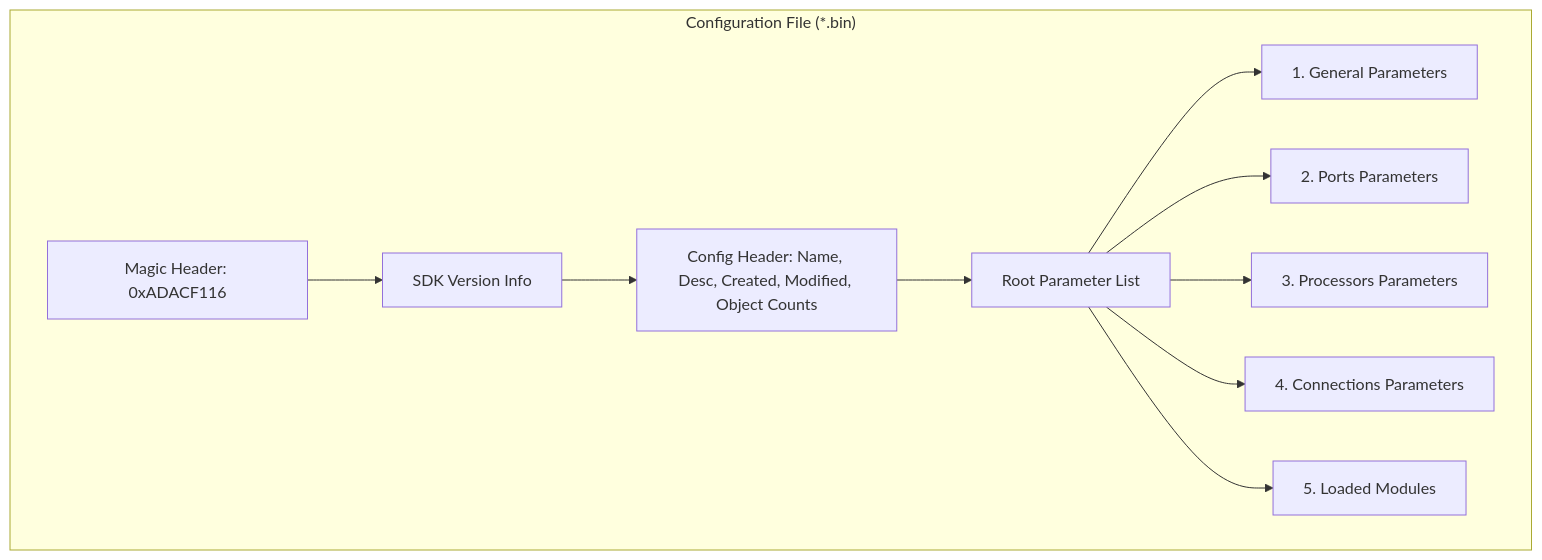
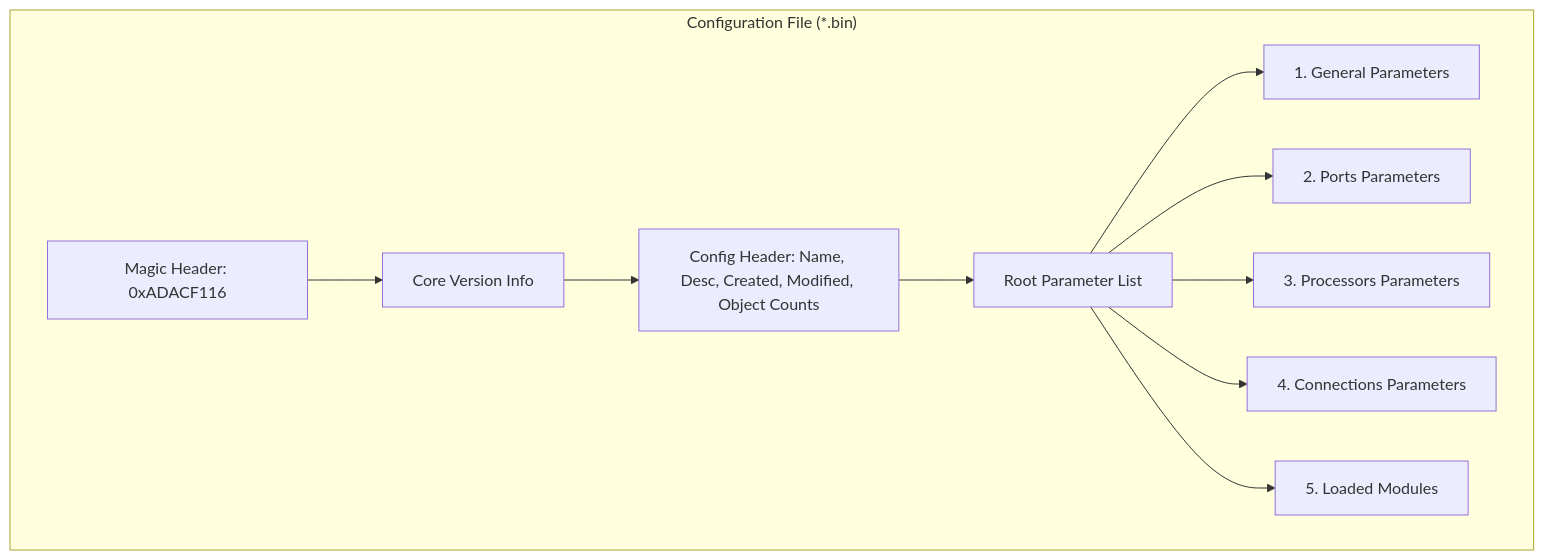
Before and after one commit to dexus1337/adam: the fourth of 4 diagrams in README.md, drawn with Mermaid. The commit also changed other lines of this file and 160 other files, not shown here.

Commit message:
sdk -> core

````diff
--- a/README.md
+++ b/README.md
@@ -206,13 +206,13 @@
 ```mermaid
 graph TD
     subgraph Serialization["Configuration File (*.bin)"]
-        Magic[Magic Header: 0xADACF116] --> SDKVer[SDK Version Info]
-        SDKVer --> CfgHeader[Config Header: Name, Desc, Created, Modified, Object Counts]
+        Magic[Magic Header: 0xADACF116] --> CoreVer[Core Version Info]
+        CoreVer --> CfgHeader[Config Header: Name, Desc, Created, Modified, Object Counts]
         CfgHeader --> RootParam[Root Parameter List]
         RootParam --> GenParams[1. General Parameters]
         RootParam --> PortParams[2. Ports Parameters]
         RootParam --> ProcParams[3. Processors Parameters]
         RootParam --> ConnParams[4. Connections Parameters]
         RootParam --> ModParams[5. Loaded Modules]
     end
 ```
````
